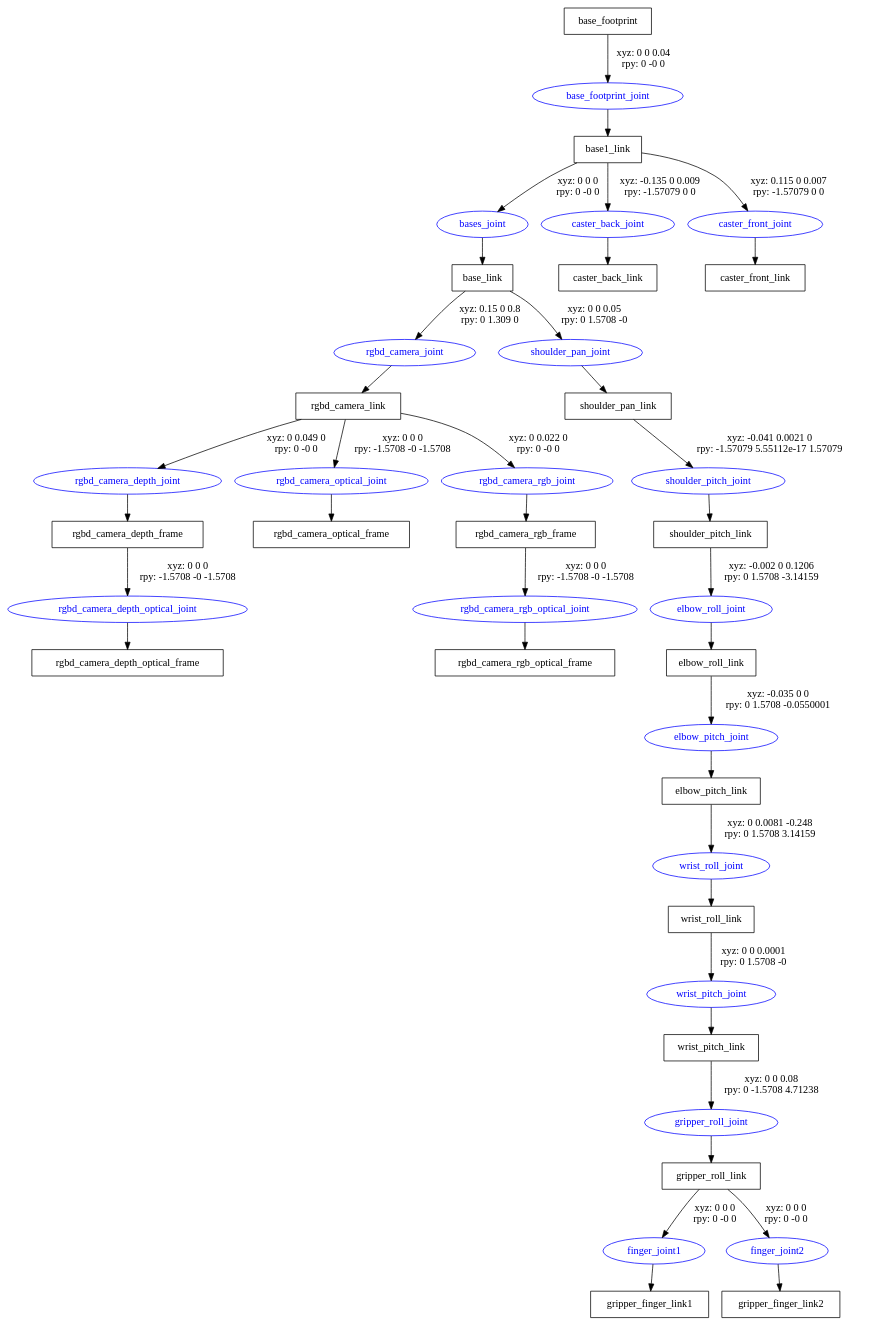
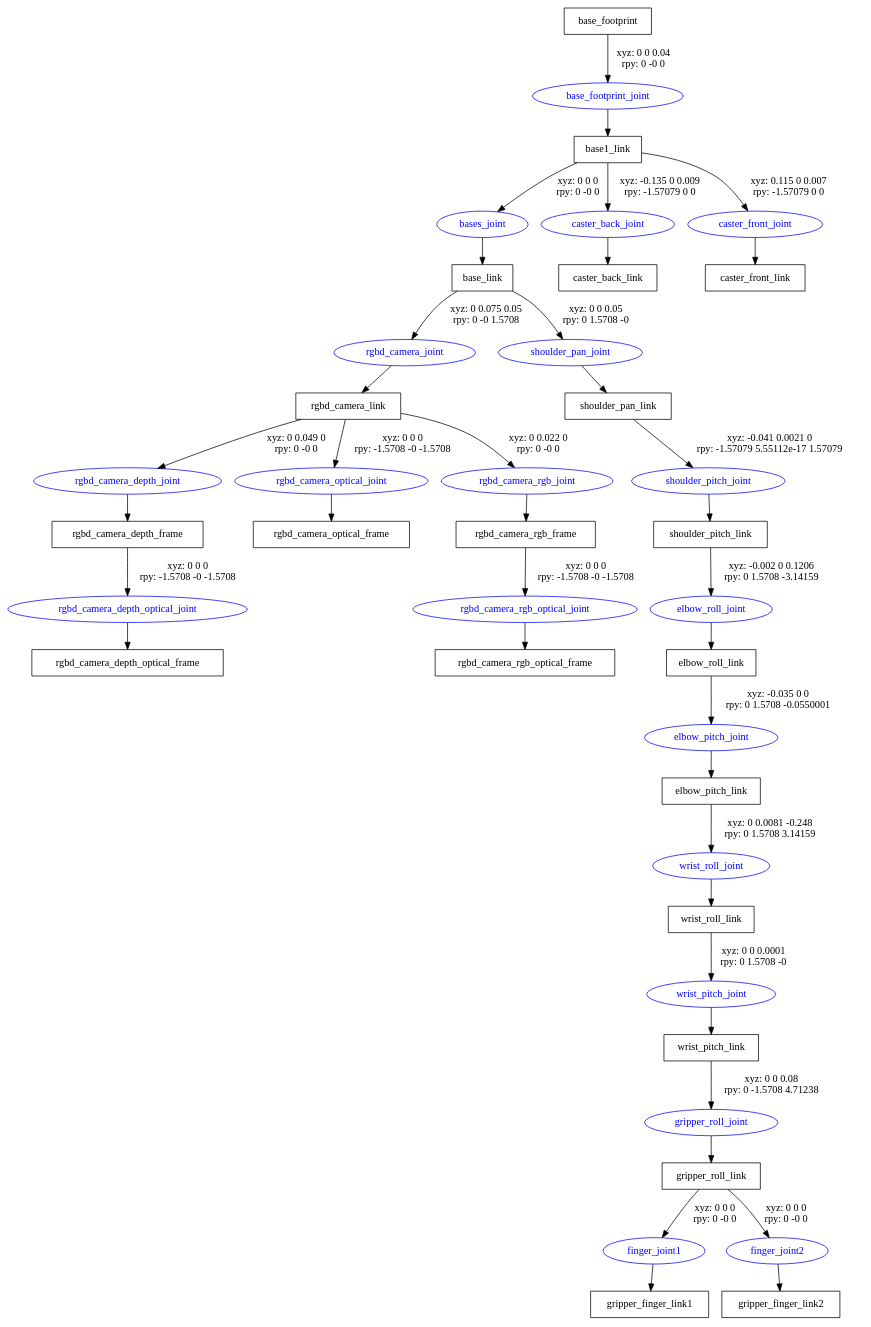
The diagram in urdf/mobile_and_arm.gv (fedehub/robot_modelling), drawn with Graphviz before and after one commit. The commit also changed 3 other files, not shown here.

```diff
--- a/urdf/mobile_and_arm.gv
+++ b/urdf/mobile_and_arm.gv
@@ -1,62 +1,62 @@
 digraph G {
 node [shape=box];
 "base_footprint" [label="base_footprint"];
 "base1_link" [label="base1_link"];
 "base_link" [label="base_link"];
 "rgbd_camera_link" [label="rgbd_camera_link"];
 "rgbd_camera_depth_frame" [label="rgbd_camera_depth_frame"];
 "rgbd_camera_depth_optical_frame" [label="rgbd_camera_depth_optical_frame"];
 "rgbd_camera_optical_frame" [label="rgbd_camera_optical_frame"];
 "rgbd_camera_rgb_frame" [label="rgbd_camera_rgb_frame"];
 "rgbd_camera_rgb_optical_frame" [label="rgbd_camera_rgb_optical_frame"];
 "shoulder_pan_link" [label="shoulder_pan_link"];
 "shoulder_pitch_link" [label="shoulder_pitch_link"];
 "elbow_roll_link" [label="elbow_roll_link"];
 "elbow_pitch_link" [label="elbow_pitch_link"];
 "wrist_roll_link" [label="wrist_roll_link"];
 "wrist_pitch_link" [label="wrist_pitch_link"];
 "gripper_roll_link" [label="gripper_roll_link"];
 "gripper_finger_link1" [label="gripper_finger_link1"];
 "gripper_finger_link2" [label="gripper_finger_link2"];
 "caster_back_link" [label="caster_back_link"];
 "caster_front_link" [label="caster_front_link"];
 node [shape=ellipse, color=blue, fontcolor=blue];
 "base_footprint" -> "base_footprint_joint" [label="xyz: 0 0 0.04 \nrpy: 0 -0 0"]
 "base_footprint_joint" -> "base1_link"
 "base1_link" -> "bases_joint" [label="xyz: 0 0 0 \nrpy: 0 -0 0"]
 "bases_joint" -> "base_link"
-"base_link" -> "rgbd_camera_joint" [label="xyz: 0.15 0 0.8 \nrpy: 0 1.309 0"]
+"base_link" -> "rgbd_camera_joint" [label="xyz: 0 0.075 0.05 \nrpy: 0 -0 1.5708"]
 "rgbd_camera_joint" -> "rgbd_camera_link"
 "rgbd_camera_link" -> "rgbd_camera_depth_joint" [label="xyz: 0 0.049 0 \nrpy: 0 -0 0"]
 "rgbd_camera_depth_joint" -> "rgbd_camera_depth_frame"
 "rgbd_camera_depth_frame" -> "rgbd_camera_depth_optical_joint" [label="xyz: 0 0 0 \nrpy: -1.5708 -0 -1.5708"]
 "rgbd_camera_depth_optical_joint" -> "rgbd_camera_depth_optical_frame"
 "rgbd_camera_link" -> "rgbd_camera_optical_joint" [label="xyz: 0 0 0 \nrpy: -1.5708 -0 -1.5708"]
 "rgbd_camera_optical_joint" -> "rgbd_camera_optical_frame"
 "rgbd_camera_link" -> "rgbd_camera_rgb_joint" [label="xyz: 0 0.022 0 \nrpy: 0 -0 0"]
 "rgbd_camera_rgb_joint" -> "rgbd_camera_rgb_frame"
 "rgbd_camera_rgb_frame" -> "rgbd_camera_rgb_optical_joint" [label="xyz: 0 0 0 \nrpy: -1.5708 -0 -1.5708"]
 "rgbd_camera_rgb_optical_joint" -> "rgbd_camera_rgb_optical_frame"
 "base_link" -> "shoulder_pan_joint" [label="xyz: 0 0 0.05 \nrpy: 0 1.5708 -0"]
 "shoulder_pan_joint" -> "shoulder_pan_link"
 "shoulder_pan_link" -> "shoulder_pitch_joint" [label="xyz: -0.041 0.0021 0 \nrpy: -1.57079 5.55112e-17 1.57079"]
 "shoulder_pitch_joint" -> "shoulder_pitch_link"
 "shoulder_pitch_link" -> "elbow_roll_joint" [label="xyz: -0.002 0 0.1206 \nrpy: 0 1.5708 -3.14159"]
 "elbow_roll_joint" -> "elbow_roll_link"
 "elbow_roll_link" -> "elbow_pitch_joint" [label="xyz: -0.035 0 0 \nrpy: 0 1.5708 -0.0550001"]
 "elbow_pitch_joint" -> "elbow_pitch_link"
 "elbow_pitch_link" -> "wrist_roll_joint" [label="xyz: 0 0.0081 -0.248 \nrpy: 0 1.5708 3.14159"]
 "wrist_roll_joint" -> "wrist_roll_link"
 "wrist_roll_link" -> "wrist_pitch_joint" [label="xyz: 0 0 0.0001 \nrpy: 0 1.5708 -0"]
 "wrist_pitch_joint" -> "wrist_pitch_link"
 "wrist_pitch_link" -> "gripper_roll_joint" [label="xyz: 0 0 0.08 \nrpy: 0 -1.5708 4.71238"]
 "gripper_roll_joint" -> "gripper_roll_link"
 "gripper_roll_link" -> "finger_joint1" [label="xyz: 0 0 0 \nrpy: 0 -0 0"]
 "finger_joint1" -> "gripper_finger_link1"
 "gripper_roll_link" -> "finger_joint2" [label="xyz: 0 0 0 \nrpy: 0 -0 0"]
 "finger_joint2" -> "gripper_finger_link2"
 "base1_link" -> "caster_back_joint" [label="xyz: -0.135 0 0.009 \nrpy: -1.57079 0 0"]
 "caster_back_joint" -> "caster_back_link"
 "base1_link" -> "caster_front_joint" [label="xyz: 0.115 0 0.007 \nrpy: -1.57079 0 0"]
 "caster_front_joint" -> "caster_front_link"
 }
```
